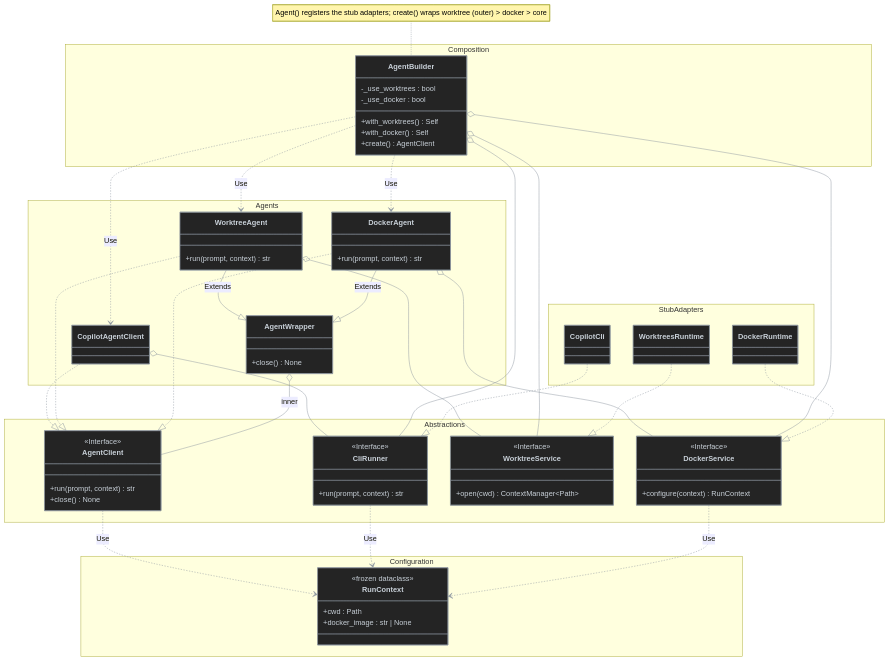
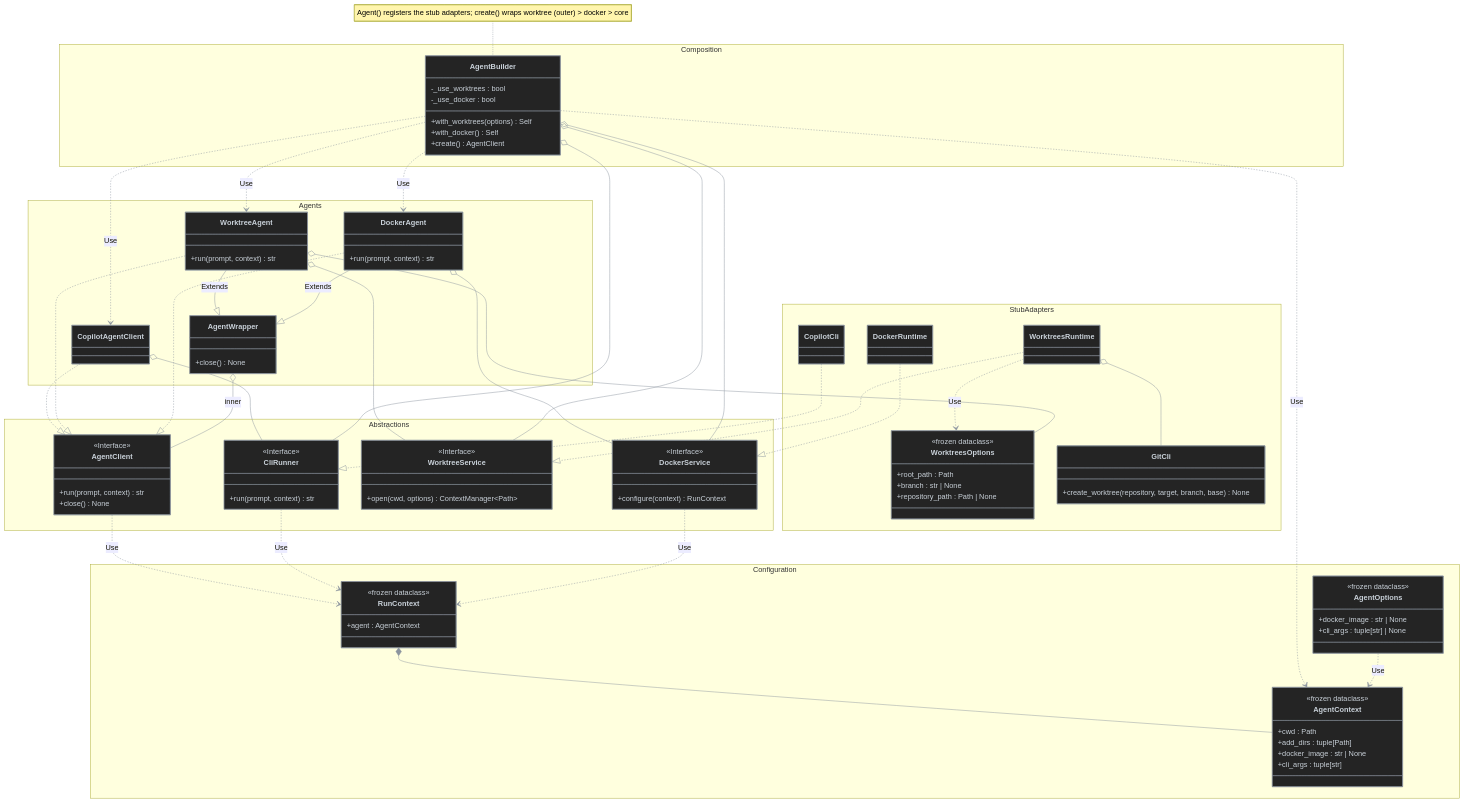
Before and after one commit to antshc/loop: the diagram in docs/prototypes/agent-builder/README.md, drawn with Mermaid. The commit also changed other lines of this file and 3 other files, not shown here.

Commit message:
feat: add Git worktree management and enhance agent context handling

```diff
--- a/docs/prototypes/agent-builder/README.md
+++ b/docs/prototypes/agent-builder/README.md
@@ -50,7 +55,7 @@
         class AgentBuilder {
             -_use_worktrees : bool
             -_use_docker : bool
-            +with_worktrees() Self
+            +with_worktrees(options) Self
             +with_docker() Self
             +create() AgentClient
         }
@@ -67,7 +72,7 @@
         }
         class WorktreeService {
             <<Interface>>
-            +open(cwd) ContextManager~Path~
+            +open(cwd, options) ContextManager~Path~
         }
         class DockerService {
             <<Interface>>
@@ -75,10 +80,21 @@
         }
     }
     namespace Configuration {
+        class AgentOptions {
+            <<frozen dataclass>>
+            +docker_image : str | None
+            +cli_args : tuple[str] | None
+        }
+        class AgentContext {
+            <<frozen dataclass>>
+            +cwd : Path
+            +add_dirs : tuple[Path]
+            +docker_image : str | None
+            +cli_args : tuple[str]
+        }
         class RunContext {
             <<frozen dataclass>>
-            +cwd : Path
-            +docker_image : str | None
+            +agent : AgentContext
         }
     }
     namespace Agents {
@@ -96,6 +112,15 @@
     namespace StubAdapters {
         class CopilotCli
         class WorktreesRuntime
+        class WorktreesOptions {
+            <<frozen dataclass>>
+            +root_path : Path
+            +branch : str | None
+            +repository_path : Path | None
+        }
+        class GitCli {
+            +create_worktree(repository, target, branch, base) None
+        }
         class DockerRuntime
     }
 
@@ -120,9 +145,15 @@
     AgentClient ..> RunContext : Use
     CliRunner ..> RunContext : Use
     DockerService ..> RunContext : Use
+    RunContext *-- AgentContext
+    AgentBuilder ..> AgentContext : Use
+    AgentOptions ..> AgentContext : Use
 
     CopilotCli ..|> CliRunner
     WorktreesRuntime ..|> WorktreeService
+    WorktreesRuntime o-- GitCli
+    WorktreesRuntime ..> WorktreesOptions : Use
+    WorktreeAgent o-- WorktreesOptions
     DockerRuntime ..|> DockerService
 
     note for AgentBuilder "Agent() registers the stub adapters; create() wraps worktree (outer) > docker > core"
```
